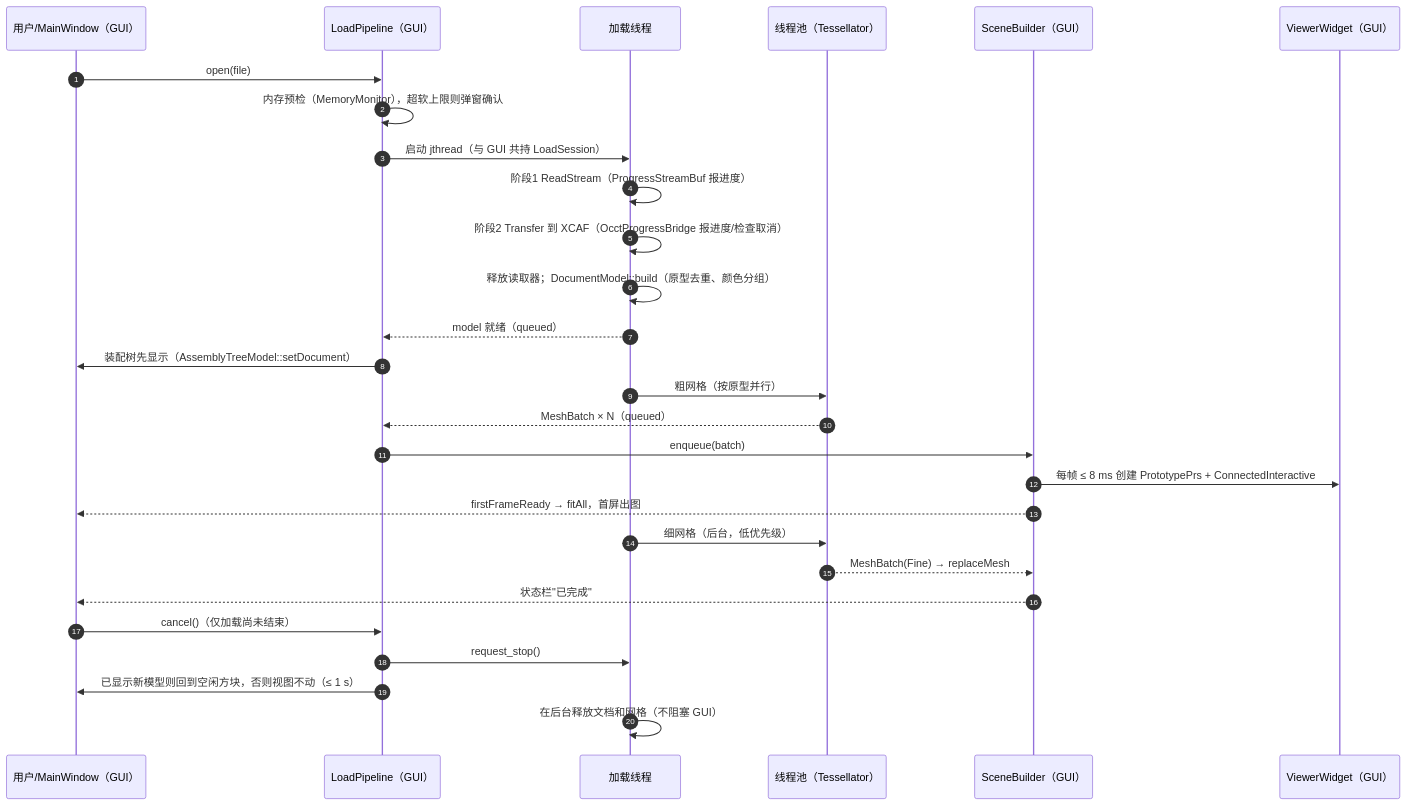
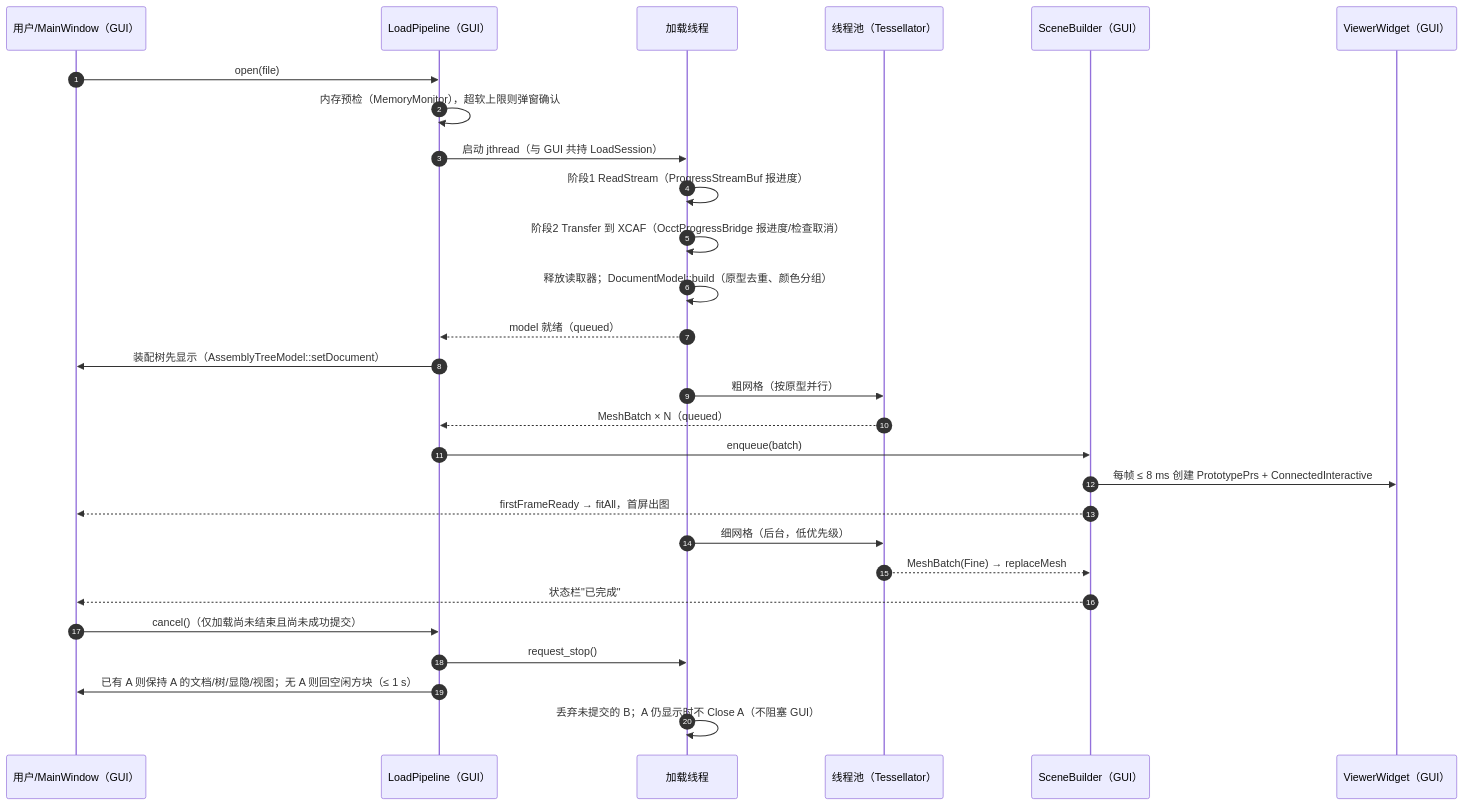
One commit to gdTang123/StepLens changed the second of 4 diagrams in docs/design/step-viewer-architecture.md. Above: the diagram before and after it, drawn with Mermaid. The commit also changed other lines of this file and 38 other files, not shown here.

````diff
--- a/docs/design/step-viewer-architecture.md
+++ b/docs/design/step-viewer-architecture.md
@@ -884,31 +886,31 @@
 ```mermaid
 sequenceDiagram
     autonumber
     participant U as 用户/MainWindow（GUI）
     participant P as LoadPipeline（GUI）
     participant L as 加载线程
     participant T as 线程池（Tessellator）
     participant S as SceneBuilder（GUI）
     participant V as ViewerWidget（GUI）
 
     U->>P: open(file)
     P->>P: 内存预检（MemoryMonitor），超软上限则弹窗确认
     P->>L: 启动 jthread（与 GUI 共持 LoadSession）
     L->>L: 阶段1 ReadStream（ProgressStreamBuf 报进度）
     L->>L: 阶段2 Transfer 到 XCAF（OcctProgressBridge 报进度/检查取消）
     L->>L: 释放读取器；DocumentModel::build（原型去重、颜色分组）
     L-->>P: model 就绪（queued）
     P->>U: 装配树先显示（AssemblyTreeModel::setDocument）
     L->>T: 粗网格（按原型并行）
     T-->>P: MeshBatch × N（queued）
     P->>S: enqueue(batch)
     S->>V: 每帧 ≤ 8 ms 创建 PrototypePrs + ConnectedInteractive
     S-->>U: firstFrameReady → fitAll，首屏出图
     L->>T: 细网格（后台，低优先级）
     T-->>S: MeshBatch(Fine) → replaceMesh
     S-->>U: 状态栏"已完成"
-    U->>P: cancel()（仅加载尚未结束）
+    U->>P: cancel()（仅加载尚未结束且尚未成功提交）
     P->>L: request_stop()
-    P->>U: 已显示新模型则回到空闲方块，否则视图不动（≤ 1 s）
-    L->>L: 在后台释放文档和网格（不阻塞 GUI）
+    P->>U: 已有 A 则保持 A 的文档/树/显隐/视图；无 A 则回空闲方块（≤ 1 s）
+    L->>L: 丢弃未提交的 B；A 仍显示时不 Close A（不阻塞 GUI）
 ```
````
